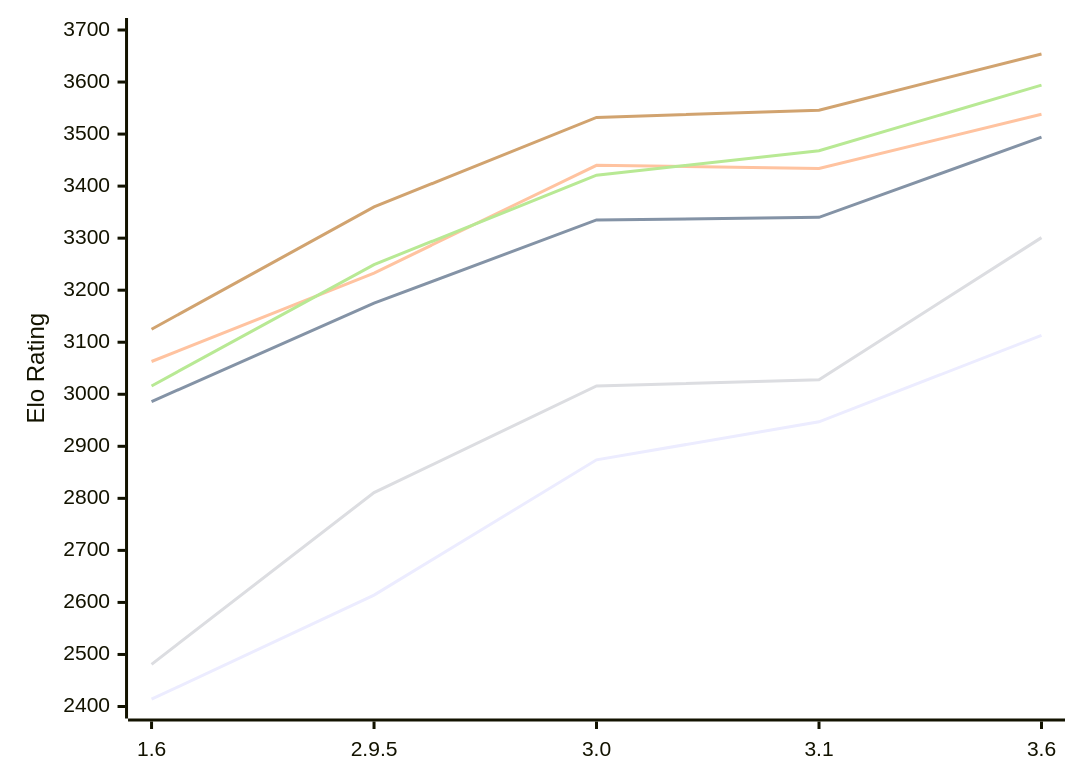
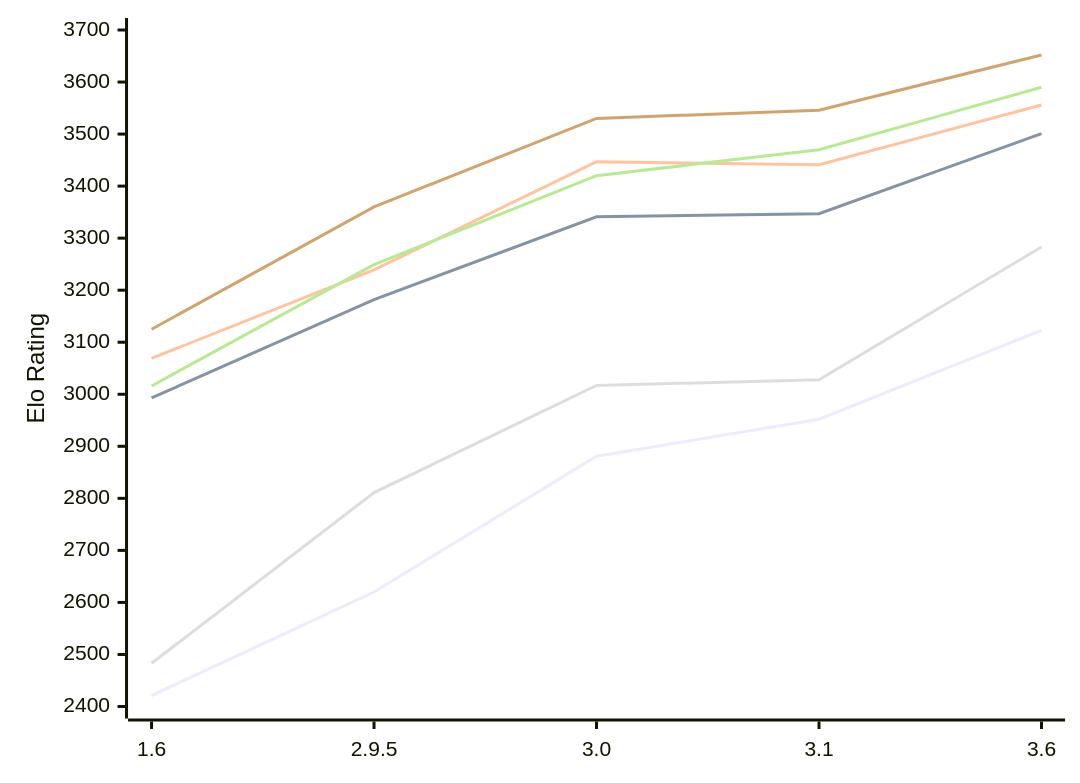
The diagram in engines/Chessenger.md (computer-chess-index/cci), drawn with Mermaid before and after one commit. The commit also changed other lines of this file, not shown here.

Commit message:
Update CCI Ratings (ELO VLTC) - 2026-11-10

````diff
--- a/engines/Chessenger.md
+++ b/engines/Chessenger.md
@@ -55,12 +55,12 @@
 ```mermaid
 %%{init: {"theme":"base","themeVariables":{"seriesColors:['#a3a3a3','#222221','#faa371']}}}%%
 xychart-beta
   x-axis ["1.6", "2.9.5", "3.0", "3.1", "3.6"]
   y-axis "Elo Rating" 2400 --> 3700
-  line "E1: STC (8.0+0.08s)" [2414, 2614, 2874, 2947, 3113]
-  line "E1: LTC (60.0+0.60s)" [2986, 3175, 3335, 3340, 3494]
-  line "E1: VLTC (2m24s+1.12s)" [3063, 3233, 3440, 3434, 3538]
-  line "P1: STC (8.0+0.08s)" [2481, 2811, 3016, 3028, 3301]
-  line "P1: LTC (60.0+0.60s)" [3016, 3249, 3421, 3468, 3594]
-  line "P1: VLTC (2m24s+1.12s)" [3125, 3360, 3532, 3546, 3654]
+  line "E1: STC (8.0+0.08s)" [2421, 2620, 2881, 2952, 3123]
+  line "E1: LTC (60.0+0.60s)" [2993, 3182, 3341, 3347, 3501]
+  line "E1: VLTC (2m24s+1.12s)" [3069, 3239, 3447, 3441, 3556]
+  line "P1: STC (8.0+0.08s)" [2483, 2811, 3017, 3028, 3283]
+  line "P1: LTC (60.0+0.60s)" [3016, 3249, 3420, 3470, 3590]
+  line "P1: VLTC (2m24s+1.12s)" [3125, 3360, 3530, 3546, 3652]
 ```
````
